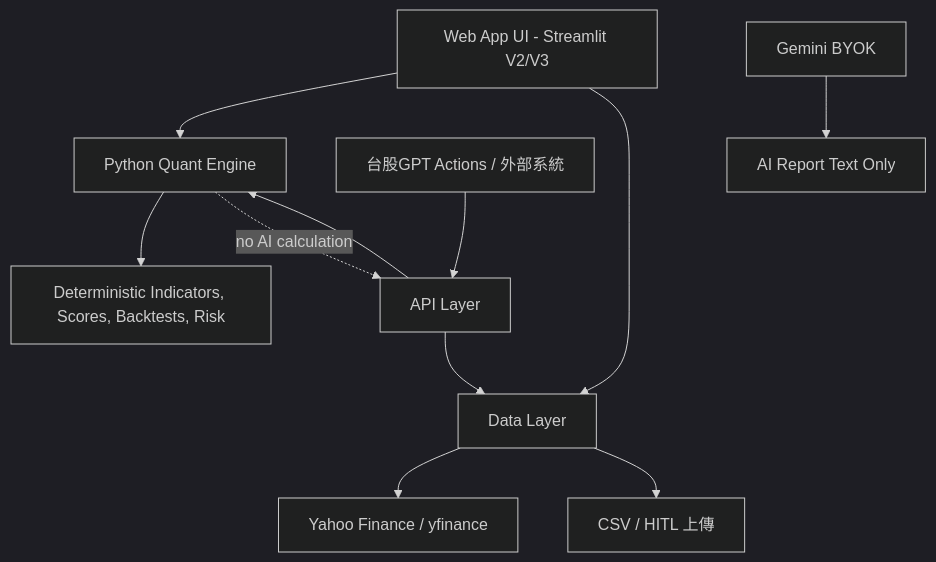
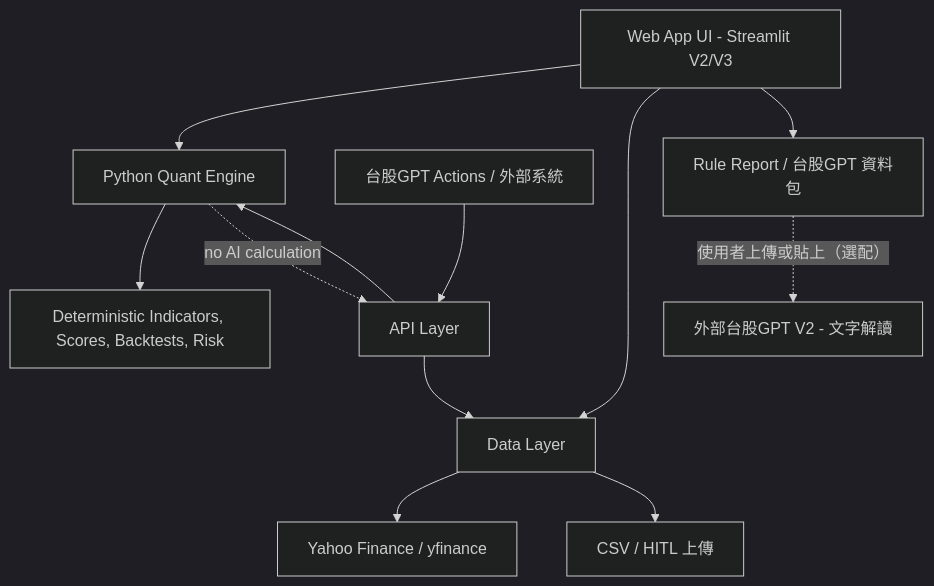
The diagram in V3_API_FIRST_ARCHITECTURE.md (ericpwa/WallWin_Gem), drawn with Mermaid (dark theme) before and after one commit. The commit also changed other lines of this file and 1 other file, not shown here.

Commit message:
docs: sync README and V3 architecture with deterministic core (#1)

````diff
--- a/V3_API_FIRST_ARCHITECTURE.md
+++ b/V3_API_FIRST_ARCHITECTURE.md
@@ -80,13 +82,14 @@
 ```mermaid
 flowchart TD
     UI["Web App UI - Streamlit V2/V3"] --> Core["Python Quant Engine"]
     Actions["台股GPT Actions / 外部系統"] --> API["API Layer"]
     API --> Core
     UI --> Data["Data Layer"]
     API --> Data
     Data --> Yahoo["Yahoo Finance / yfinance"]
     Data --> CSV["CSV / HITL 上傳"]
     Core --> Calc["Deterministic Indicators, Scores, Backtests, Risk"]
-    AI["Gemini BYOK"] --> Report["AI Report Text Only"]
+    UI --> Package["Rule Report / 台股GPT 資料包"]
+    Package -. "使用者上傳或貼上（選配）" .-> GPT["外部台股GPT V2 - 文字解讀"]
     Core -. no AI calculation .-> API
 ```
````
